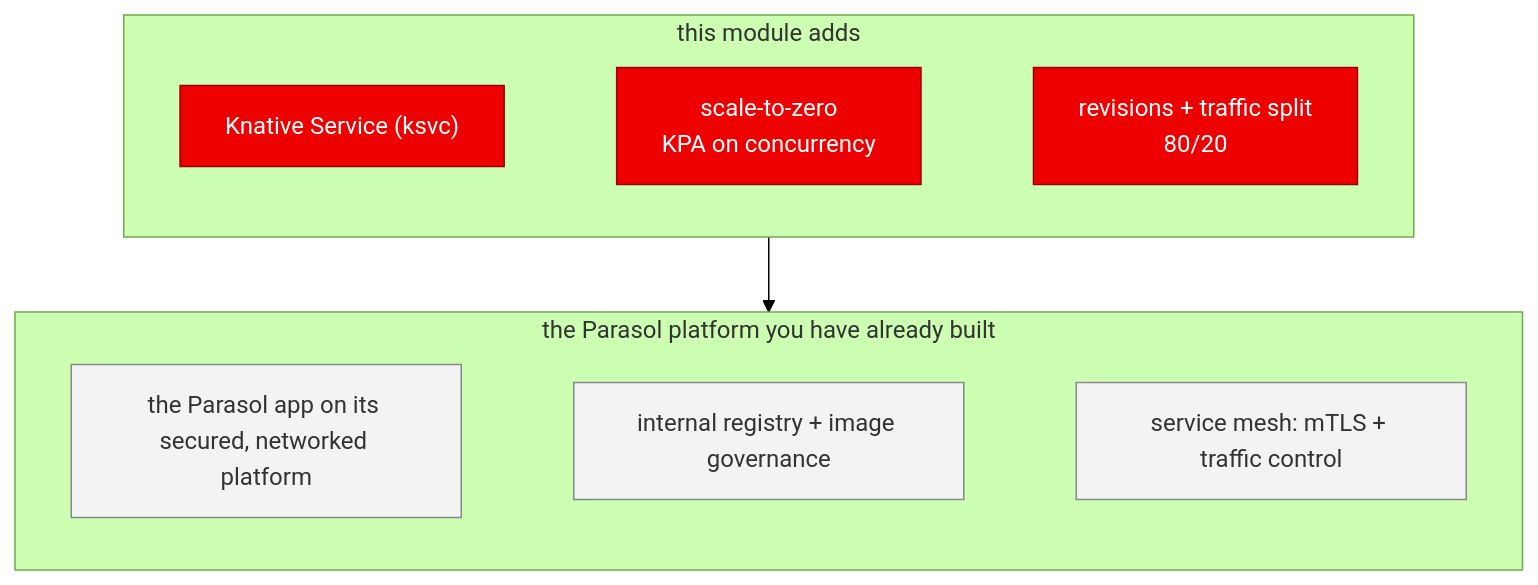
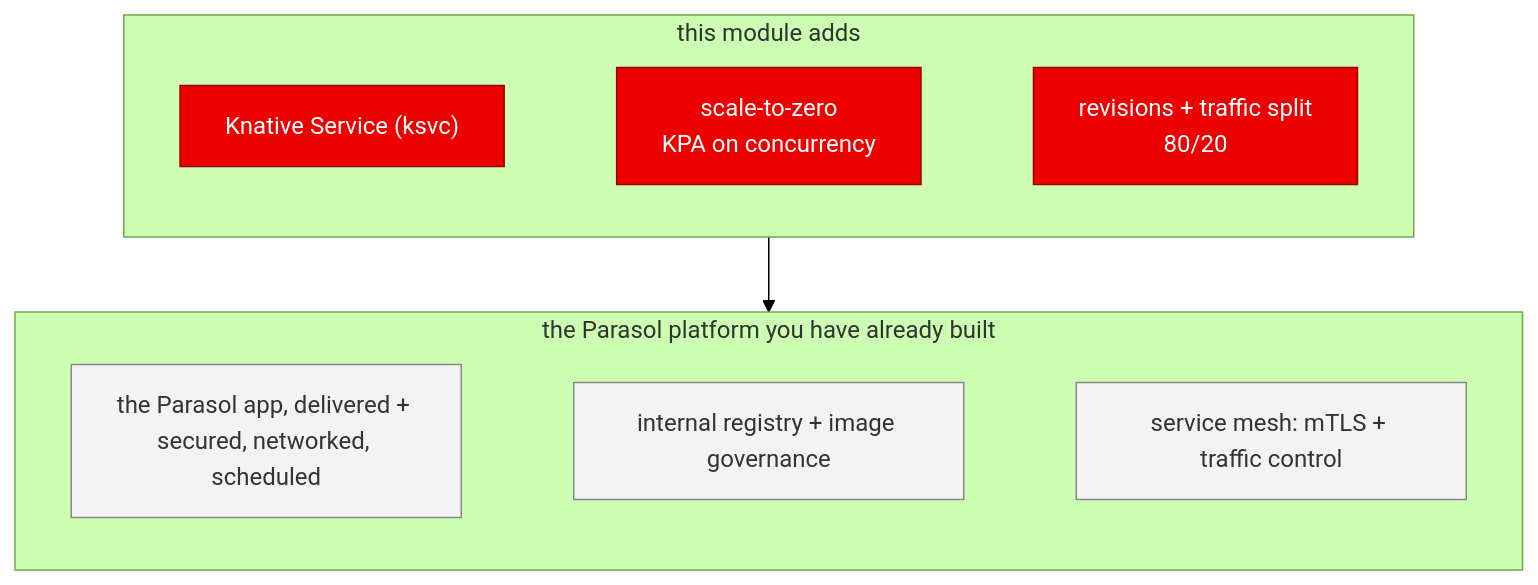
Before and after one commit to serhat-dirik/OCP-Getting-Started-Revamped: the diagram in content/modules/ROOT/examples/diagrams/serverless-zero-to-hero/04-platform-accretion.mmd, drawn with Mermaid (forest theme). The commit also changed 22 other files, not shown here.

First line of the commit message:
fix(diagrams): 22 of 25 accretion diagrams have been rendering as "Syntax error in text"

```diff
--- a/content/modules/ROOT/examples/diagrams/serverless-zero-to-hero/04-platform-accretion.mmd
+++ b/content/modules/ROOT/examples/diagrams/serverless-zero-to-hero/04-platform-accretion.mmd
@@ -1,26 +1,36 @@
 %% Platform accretion — Serverless Zero-to-Hero.
 %% ONE cumulative picture of the Parasol platform, with THIS module's layer lit up (red) on
 %% everything the attendee has already built (grey). Authored per module (owner decision
 %% 2026-07-28) rather than generated: explicit and readable, at the cost of keeping the grey
 %% base in step across all 12 when the platform changes. If you change the base here, change it
-%% in the sibling <module>/NN-platform-accretion.mmd files too.
+%% in the sibling per-module NN-platform-accretion.mmd files too.
+%% ---
+%% NEVER put an angle-bracket placeholder in a .mmd file. Antora emits mermaid source into the
+%% page UNESCAPED, so a word wrapped in angle brackets becomes a REAL DOM element that swallows
+%% the rest of the graph, and mermaid then renders "Syntax error in text" on the page while the
+%% Antora build still exits 0 and every HTML check still passes (measured 2026-08-06, mermaid
+%% 10.9.8). The line-break tag is the only markup safe inside a label. Write placeholders in
+%% CAPS - PREV-SLUG, NEW-OBJECT-1 - never in angle brackets.
+%% Second trap, same symptom: a BARE "%%" line with no text after it defeats mermaid's comment
+%% stripper - the leftover marker merges into the next line ("%%flowchart TB") and the diagram
+%% dies exactly the same silent way. Always put text after %% - this file uses "%% ---".
 flowchart TB
   subgraph THIS["this module adds"]
     direction LR
     S1["Knative Service (ksvc)"]
     S2["scale-to-zero<br/>KPA on concurrency"]
     S3["revisions + traffic split<br/>80/20"]
     S1 ~~~ S2 ~~~ S3
   end
   subgraph BASE["the Parasol platform you have already built"]
     direction LR
-    P1["the Parasol app on its secured, networked platform"]
+    P1["the Parasol app, delivered + secured, networked, scheduled"]
     P2["internal registry + image governance"]
     P3["service mesh: mTLS + traffic control"]
     P1 ~~~ P2 ~~~ P3
   end
   THIS --> BASE
   classDef hi fill:#e00,stroke:#900,color:#fff;
   classDef plat fill:#f3f3f3,stroke:#888,color:#333;
   class S1,S2,S3 hi;
   class P1,P2,P3 plat;
```
